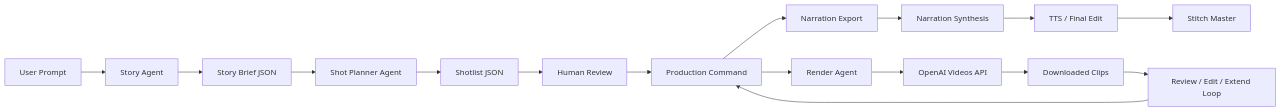
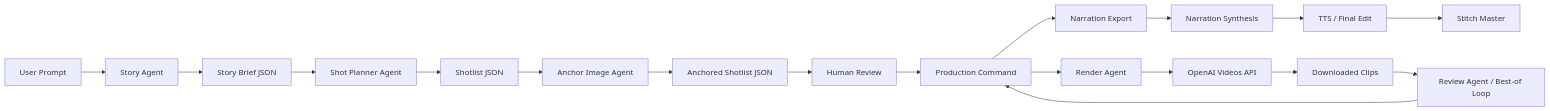
One commit to yongjip/multiversal-pictures changed the diagram in docs/agent-workflow.md. Above: the diagram before and after it, drawn with Mermaid. The commit also changed other lines of this file and 16 other files, not shown here.

Commit message:
Add anchor-driven shot planning and review workflow

````diff
--- a/docs/agent-workflow.md
+++ b/docs/agent-workflow.md
@@ -5,18 +5,20 @@
 ```mermaid
 flowchart LR
     U["User Prompt"] --> S["Story Agent"]
     S --> B["Story Brief JSON"]
     B --> P["Shot Planner Agent"]
     P --> L["Shotlist JSON"]
-    L --> H["Human Review"]
+    L --> A0["Anchor Image Agent"]
+    A0 --> L2["Anchored Shotlist JSON"]
+    L2 --> H["Human Review"]
     H --> X["Production Command"]
     X --> N["Narration Export"]
     X --> R["Render Agent"]
     N --> A["Narration Synthesis"]
     A --> T["TTS / Final Edit"]
     R --> V["OpenAI Videos API"]
     V --> O["Downloaded Clips"]
-    O --> Q["Review / Edit / Extend Loop"]
+    O --> Q["Review Agent / Best-of Loop"]
     Q --> X
     T --> M["Stitch Master"]
 ```
````
